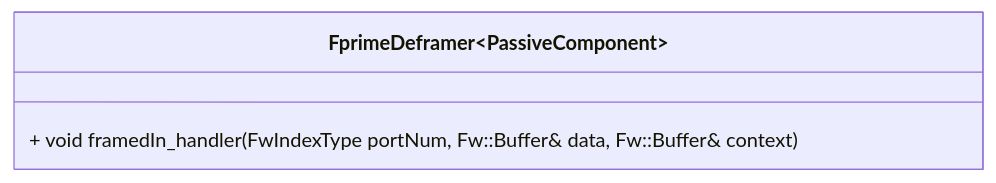
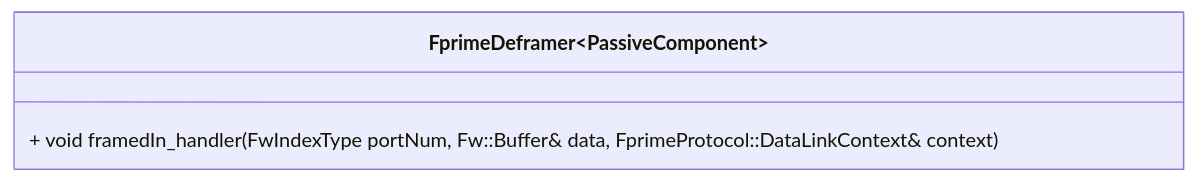
The diagram in Svc/FprimeDeframer/docs/sdd.md (nasa/fprime), drawn with Mermaid before and after one commit. The commit also changed 27 other files, not shown here.

Commit message:
Refactor DataWithContext to use an FPP object for context instead of Fw.Buffer

````diff
--- a/Svc/FprimeDeframer/docs/sdd.md
+++ b/Svc/FprimeDeframer/docs/sdd.md
@@ -41,6 +41,6 @@
 ```mermaid
 classDiagram
     class FprimeDeframer~PassiveComponent~ {
-        + void framedIn_handler(FwIndexType portNum, Fw::Buffer& data, Fw::Buffer& context)
+        + void framedIn_handler(FwIndexType portNum, Fw::Buffer& data, FprimeProtocol::DataLinkContext& context)
     }
 ```
````
